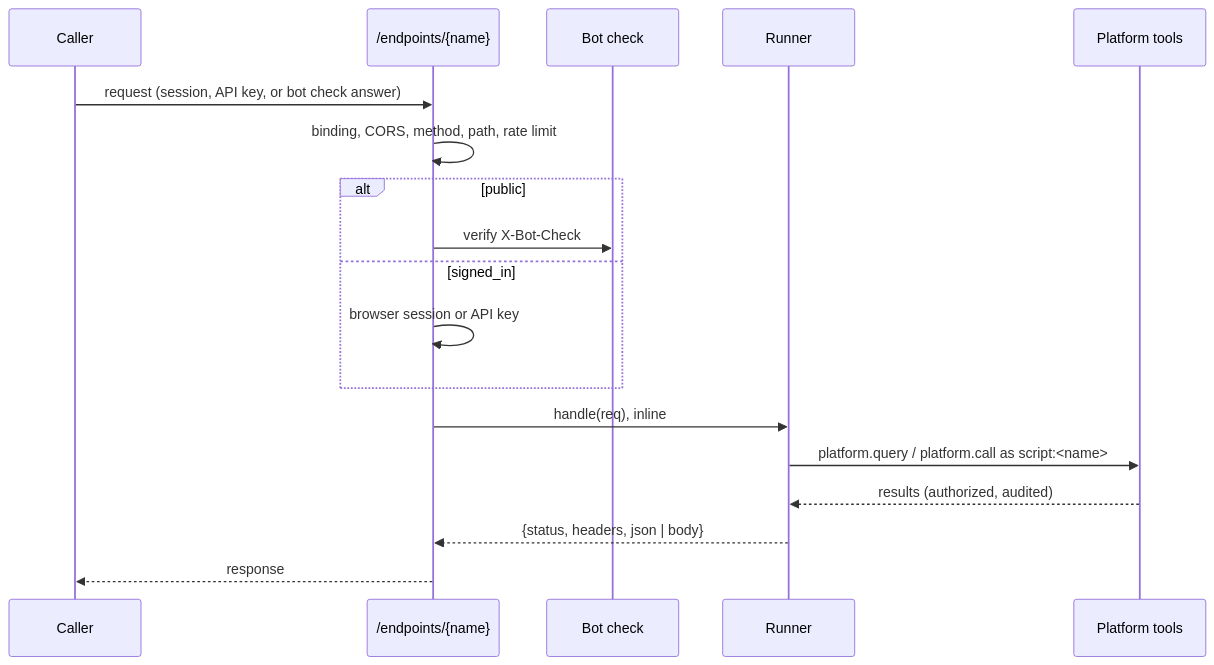
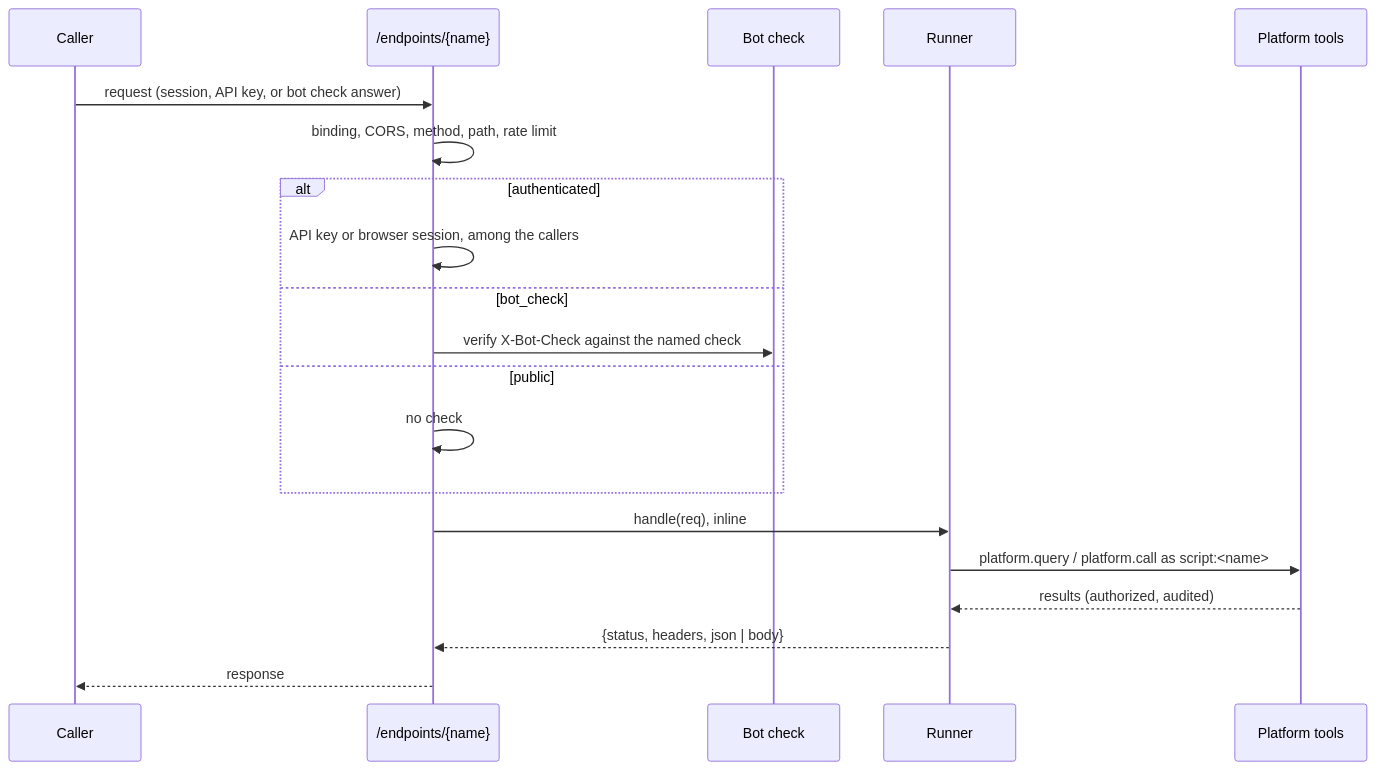
One commit to txn2/mcp-data-platform changed the first of 2 diagrams in docs/scripts/endpoints.md. Above: the diagram before and after it, drawn with Mermaid. The commit also changed other lines of this file and 124 other files, not shown here.

````diff
--- a/docs/scripts/endpoints.md
+++ b/docs/scripts/endpoints.md
@@ -9,20 +9,22 @@
 ```mermaid
 sequenceDiagram
     participant C as Caller
     participant H as /endpoints/{name}
     participant B as Bot check
     participant R as Runner
     participant P as Platform tools
     C->>H: request (session, API key, or bot check answer)
     H->>H: binding, CORS, method, path, rate limit
-    alt public
-        H->>B: verify X-Bot-Check
-    else signed_in
-        H->>H: browser session or API key
+    alt authenticated
+        H->>H: API key or browser session, among the callers
+    else bot_check
+        H->>B: verify X-Bot-Check against the named check
+    else public
+        H->>H: no check
     end
     H->>R: handle(req), inline
     R->>P: platform.query / platform.call as script:<name>
     P-->>R: results (authorized, audited)
     R-->>H: {status, headers, json | body}
     H-->>C: response
 ```
````
